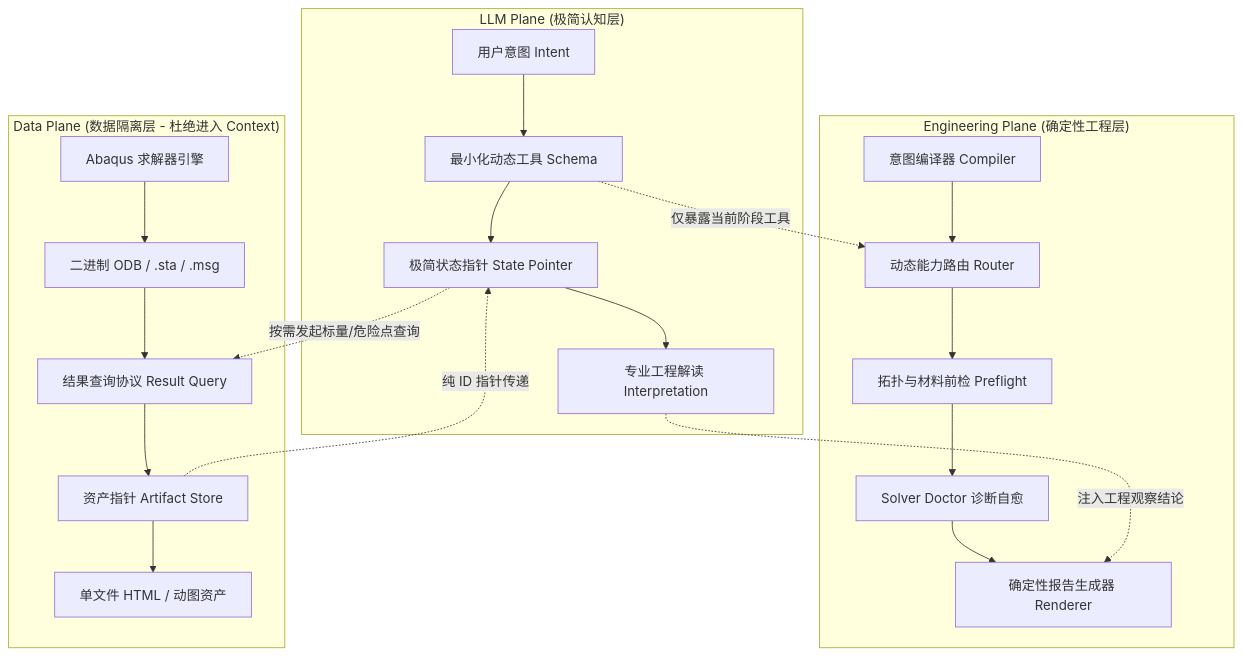
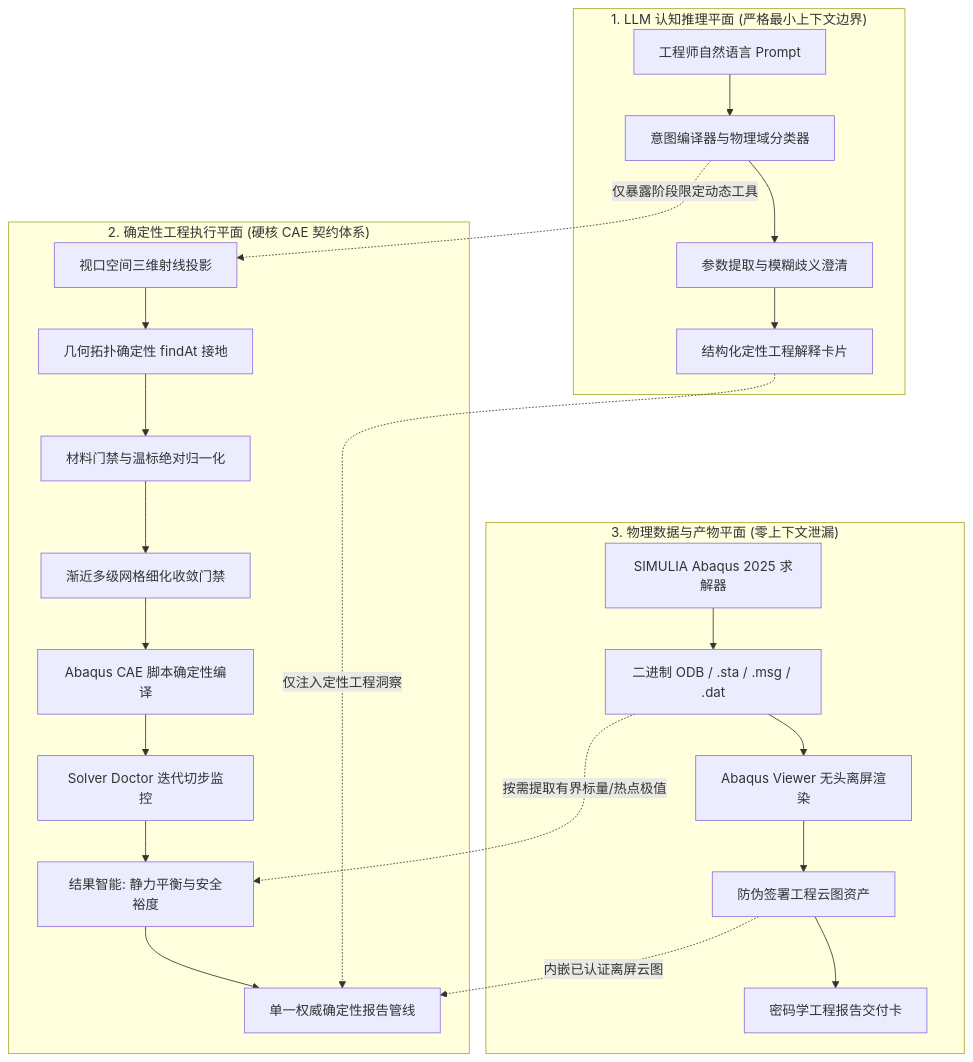
The second of 2 diagrams in README_CN.md (chenlei-gh/Abaqus-AI-Agent), drawn with Mermaid before and after one commit. The commit also changed other lines of this file and 46 other files, not shown here.

````diff
--- a/README_CN.md
+++ b/README_CN.md
@@ -147,27 +65,30 @@
 ```mermaid
 flowchart TD
-    subgraph LLM_Plane["LLM Plane (极简认知层)"]
-        A[用户意图 Intent] --> B[最小化动态工具 Schema]
-        B --> C[极简状态指针 State Pointer]
-        C --> D[专业工程解读 Interpretation]
+    subgraph Cognitive_Plane["1. LLM 认知推理平面 (严格最小上下文边界)"]
+        A[工程师自然语言 Prompt] --> B[意图编译器与物理域分类器]
+        B --> C[参数提取与模糊歧义澄清]
+        C --> D[结构化定性工程解释卡片]
     end
 
-    subgraph Engineering_Plane["Engineering Plane (确定性工程层)"]
-        E[意图编译器 Compiler] --> F[动态能力路由 Router]
-        F --> G[拓扑与材料前检 Preflight]
-        G --> H[Solver Doctor 诊断自愈]
-        H --> I[确定性报告生成器 Renderer]
+    subgraph Engineering_Plane["2. 确定性工程执行平面 (硬核 CAE 契约体系)"]
+        E[视口空间三维射线投影] --> F[几何拓扑确定性 findAt 接地]
+        F --> G[材料门禁与温标绝对归一化]
+        G --> H[渐近多级网格细化收敛门禁]
+        H --> I[Abaqus CAE 脚本确定性编译]
+        I --> J[Solver Doctor 迭代切步监控]
+        J --> K[结果智能: 静力平衡与安全裕度]
+        K --> L[单一权威确定性报告管线]
     end
 
-    subgraph Data_Plane["Data Plane (数据隔离层 - 杜绝进入 Context)"]
-        J[Abaqus 求解器引擎] --> K[二进制 ODB / .sta / .msg]
-        K --> L[结果查询协议 Result Query]
-        L --> M[资产指针 Artifact Store]
-        M --> N[单文件 HTML / 动图资产]
+    subgraph Data_Plane["3. 物理数据与产物平面 (零上下文泄漏)"]
+        M[SIMULIA Abaqus 2025 求解器] --> N[二进制 ODB / .sta / .msg / .dat]
+        N --> O[Abaqus Viewer 无头离屏渲染]
+        O --> P[防伪签署工程云图资产]
+        P --> Q[密码学工程报告交付卡]
     end
 
-    B -.->|仅暴露当前阶段工具| F
-    C -.->|按需发起标量/危险点查询| L
-    D -.->|注入工程观察结论| I
-    M -.->|纯 ID 指针传递| C
+    B -.->|仅暴露阶段限定动态工具| E
+    D -.->|仅注入定性工程洞察| L
+    N -.->|按需提取有界标量/热点极值| K
+    P -.->|内嵌已认证离屏云图| L
 ```
````
